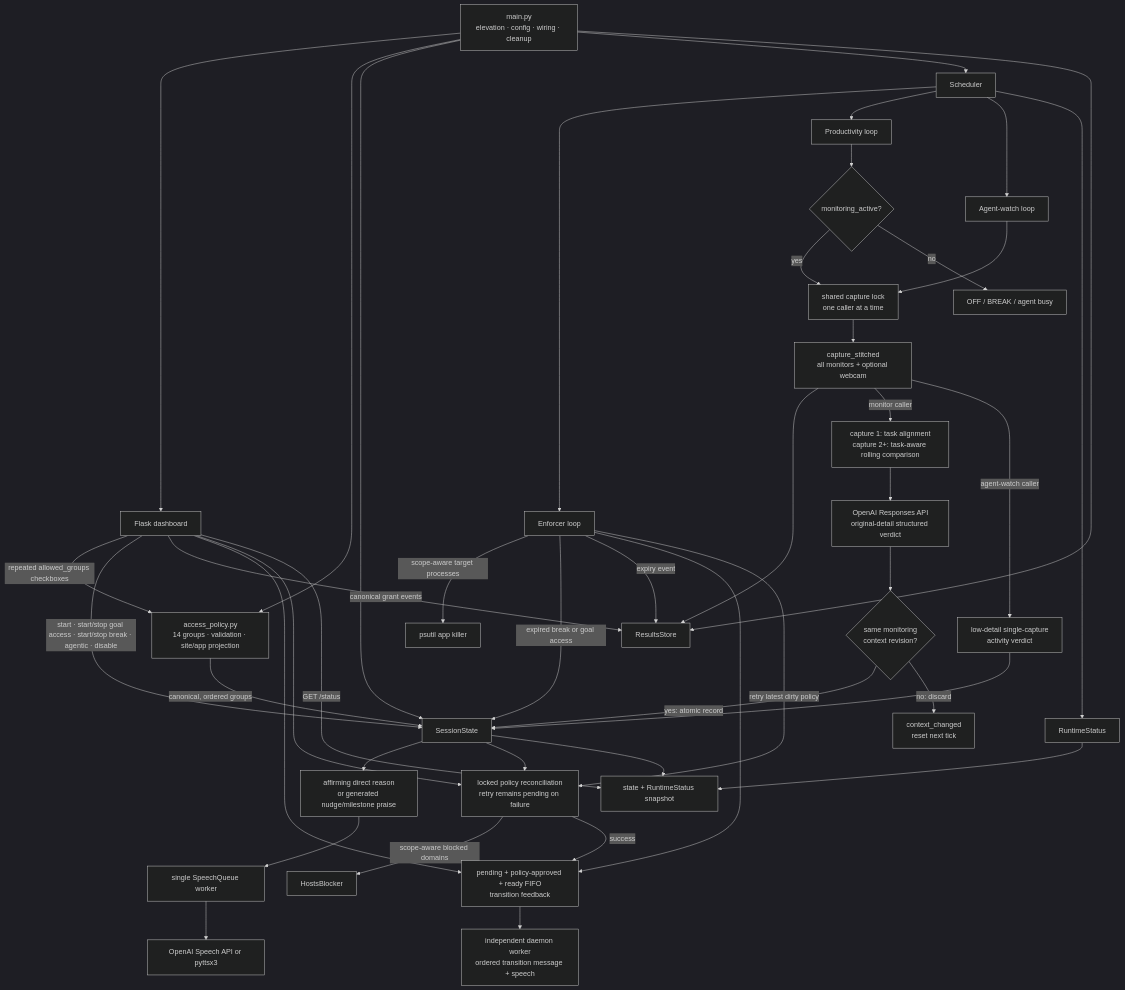
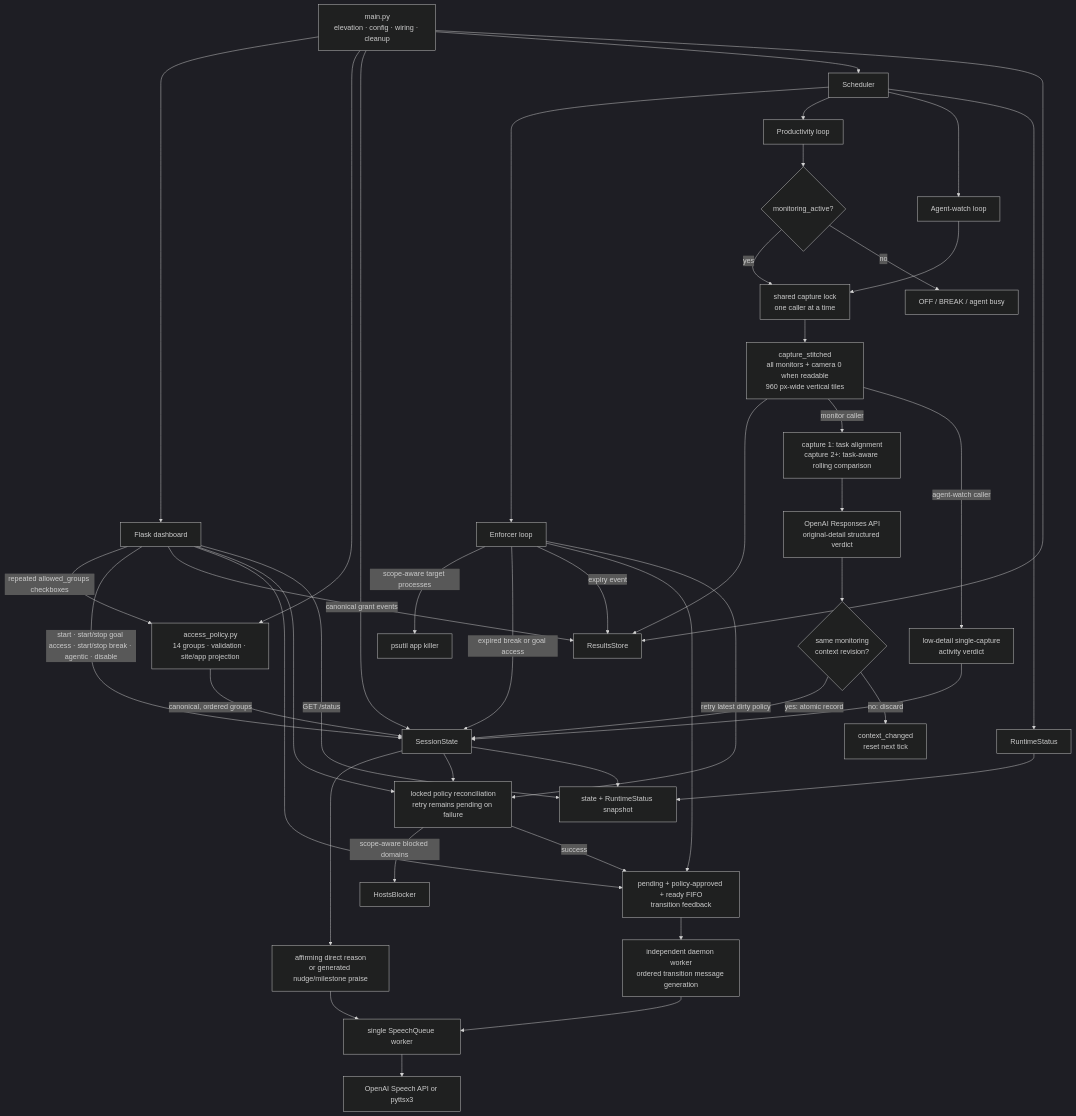
The diagram in README.md (BurnyCoder/deep-work-jarvis-waifu-supervisor), drawn with Mermaid (dark theme) before and after one commit. The commit also changed other lines of this file and 1 other file, not shown here.

````diff
--- a/README.md
+++ b/README.md
@@ -211,51 +241,52 @@
 ```mermaid
 flowchart TD
     Main["main.py<br/>elevation · config · wiring · cleanup"] --> UI["Flask dashboard"]
     Main --> Policy["access_policy.py<br/>14 groups · validation · site/app projection"]
     Main --> State["SessionState"]
     Main --> Scheduler["Scheduler"]
     Main --> Store["ResultsStore"]
 
     UI -- "repeated allowed_groups checkboxes" --> Policy
     Policy -- "canonical, ordered groups" --> State
     UI -- "start · start/stop goal access · start/stop break · agentic · disable" --> State
     UI -- "canonical grant events" --> Store
     UI --> GoalFeedback["pending + policy-approved + ready FIFO<br/>transition feedback"]
     UI --> Reconcile["locked policy reconciliation<br/>retry remains pending on failure"]
     UI -- "GET /status" --> Status["state + RuntimeStatus snapshot"]
 
     Scheduler --> Enforcer["Enforcer loop"]
     Enforcer -- "scope-aware target processes" --> AppKiller["psutil app killer"]
     Enforcer -- "expired break or goal access" --> State
     Enforcer -- "expiry event" --> Store
     Enforcer --> GoalFeedback
     Enforcer -- "retry latest dirty policy" --> Reconcile
     Reconcile -- "scope-aware blocked domains" --> Hosts["HostsBlocker"]
     Reconcile -- "success" --> GoalFeedback
-    GoalFeedback --> TransitionVoice["independent daemon worker<br/>ordered transition message + speech"]
+    GoalFeedback --> TransitionVoice["independent daemon worker<br/>ordered transition message generation"]
 
     Scheduler --> Monitor["Productivity loop"]
     Monitor --> Gate{"monitoring_active?"}
     Gate -- "yes" --> CaptureLock["shared capture lock<br/>one caller at a time"]
     Gate -- "no" --> Paused["OFF / BREAK / agent busy"]
-    CaptureLock --> Capture["capture_stitched<br/>all monitors + optional webcam"]
+    CaptureLock --> Capture["capture_stitched<br/>all monitors + camera 0 when readable<br/>960 px-wide vertical tiles"]
     Capture --> Store
     Capture -- "monitor caller" --> Analyzer["capture 1: task alignment<br/>capture 2+: task-aware rolling comparison"]
     Analyzer --> Vision["OpenAI Responses API<br/>original-detail structured verdict"]
     Vision --> ContextGate{"same monitoring<br/>context revision?"}
     ContextGate -- "yes: atomic record" --> State
     ContextGate -- "no: discard" --> Stale["context_changed<br/>reset next tick"]
     State --> Feedback["affirming direct reason<br/>or generated nudge/milestone praise"]
     Feedback --> Speech["single SpeechQueue worker"]
+    TransitionVoice --> Speech
     Speech --> TTS["OpenAI Speech API or pyttsx3"]
 
     Scheduler --> AgentWatch["Agent-watch loop"]
     AgentWatch --> CaptureLock
     Capture -- "agent-watch caller" --> AgentVision["low-detail single-capture<br/>activity verdict"]
     AgentVision --> State
     State --> Reconcile
 
     Scheduler --> Runtime["RuntimeStatus"]
     Runtime --> Status
     State --> Status
 ```
````
